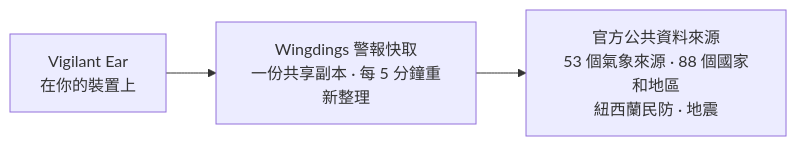
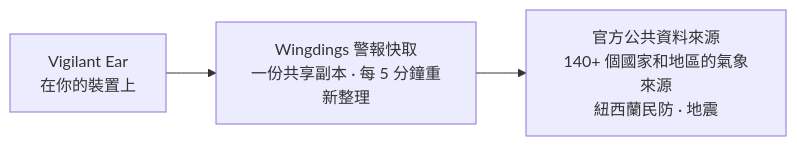
One commit to rpalm01-star/VigilantEarLegal changed the fourth of 4 diagrams in README_zh-Hant.md. Above: the diagram before and after it, drawn with Mermaid. The commit also changed other lines of this file and 59 other files, not shown here.

````diff
--- a/README_zh-Hant.md
+++ b/README_zh-Hant.md
@@ -182,5 +182,5 @@
 ```mermaid
 graph LR
     P1["Vigilant Ear<br/>在你的裝置上"] --> W["Wingdings 警報快取<br/>一份共享副本 · 每 5 分鐘重新整理"]
-    W --> N["官方公共資料來源<br/>53 個氣象來源 · 88 個國家和地區<br/>紐西蘭民防 · 地震"]
+    W --> N["官方公共資料來源<br/>140+ 個國家和地區的氣象來源<br/>紐西蘭民防 · 地震"]
 ```
````
